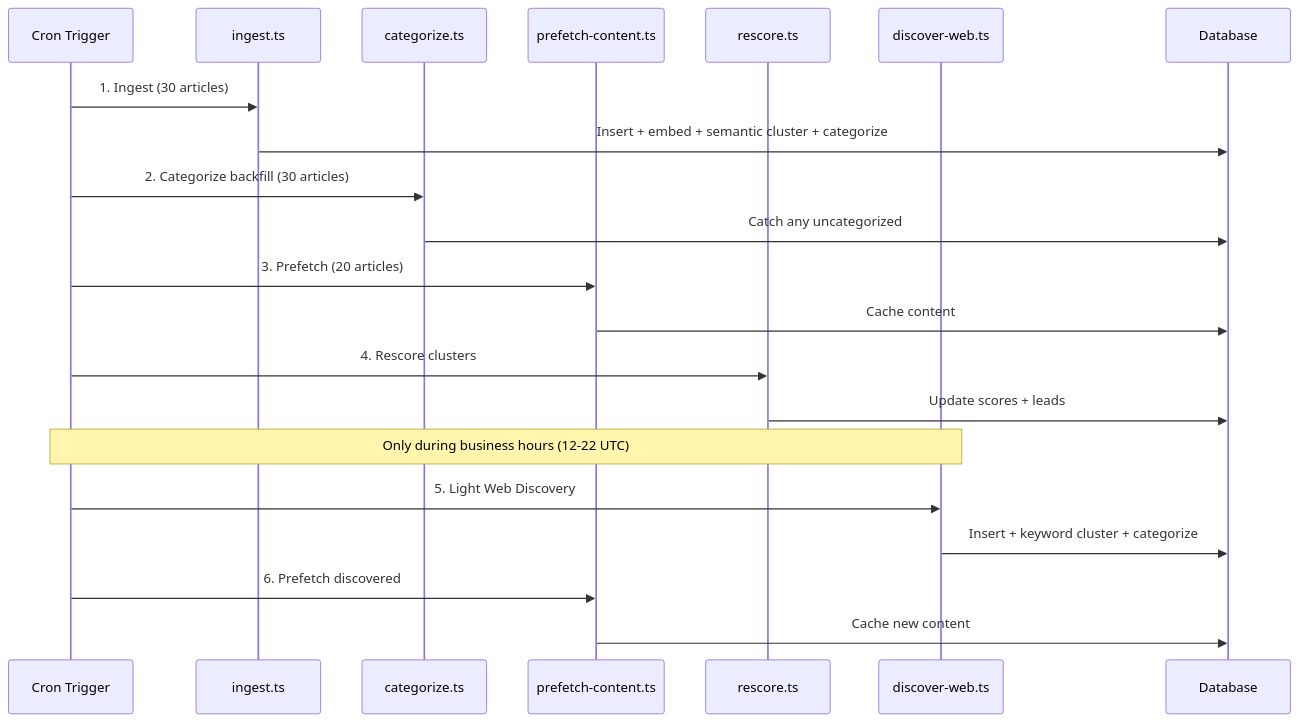
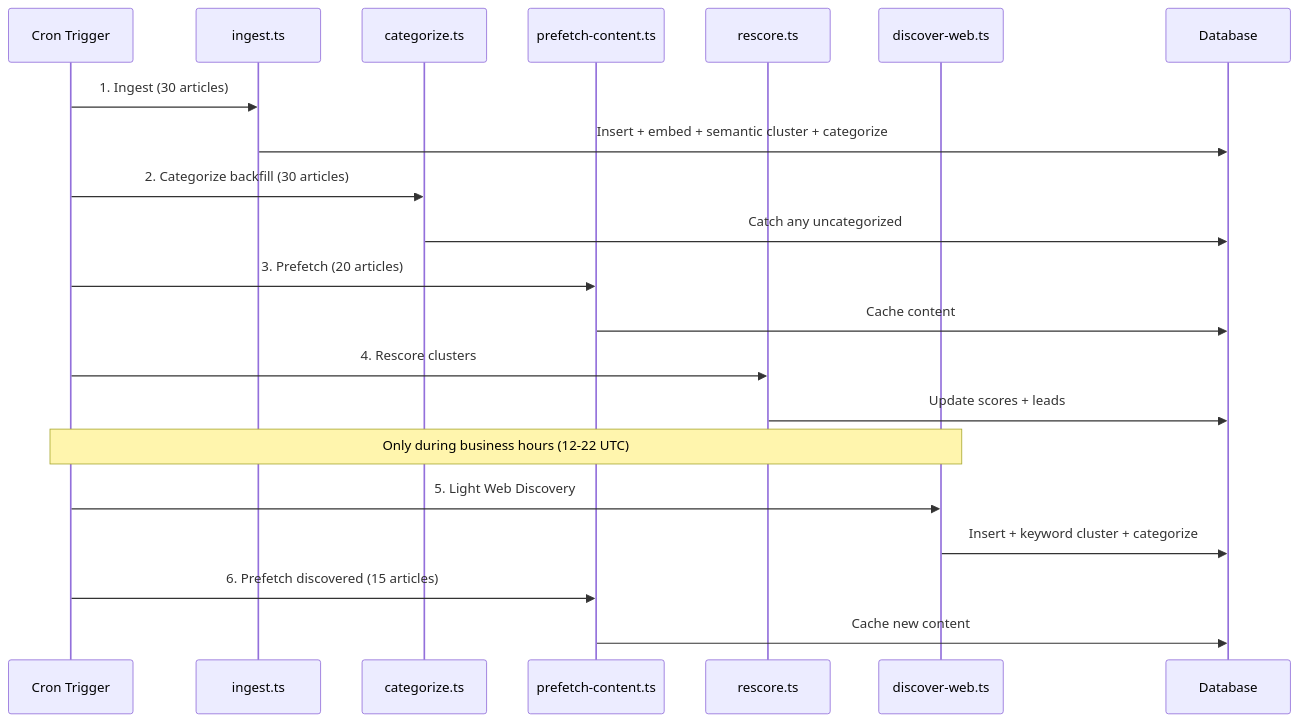
Before and after one commit to dwahbe/climate-river: the fourth of 9 diagrams in README.md, drawn with Mermaid. The commit also changed other lines of this file, not shown here.

````diff
--- a/README.md
+++ b/README.md
@@ -156,29 +161,29 @@
 ```mermaid
 sequenceDiagram
     participant C as Cron Trigger
     participant I as ingest.ts
     participant CA as categorize.ts
     participant P as prefetch-content.ts
     participant R as rescore.ts
     participant W as discover-web.ts
     participant DB as Database
 
     C->>I: 1. Ingest (30 articles)
     I->>DB: Insert + embed + semantic cluster + categorize
 
     C->>CA: 2. Categorize backfill (30 articles)
     CA->>DB: Catch any uncategorized
 
     C->>P: 3. Prefetch (20 articles)
     P->>DB: Cache content
 
     C->>R: 4. Rescore clusters
     R->>DB: Update scores + leads
 
     Note over C,W: Only during business hours (12-22 UTC)
     C->>W: 5. Light Web Discovery
     W->>DB: Insert + keyword cluster + categorize
 
-    C->>P: 6. Prefetch discovered
+    C->>P: 6. Prefetch discovered (15 articles)
     P->>DB: Cache new content
 ```
````
